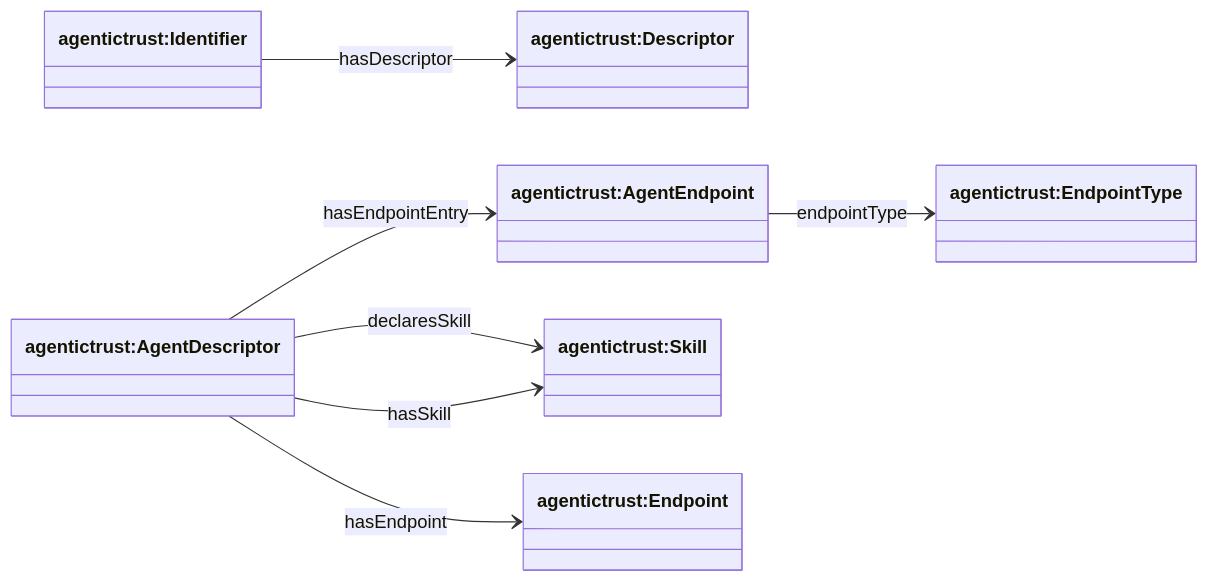
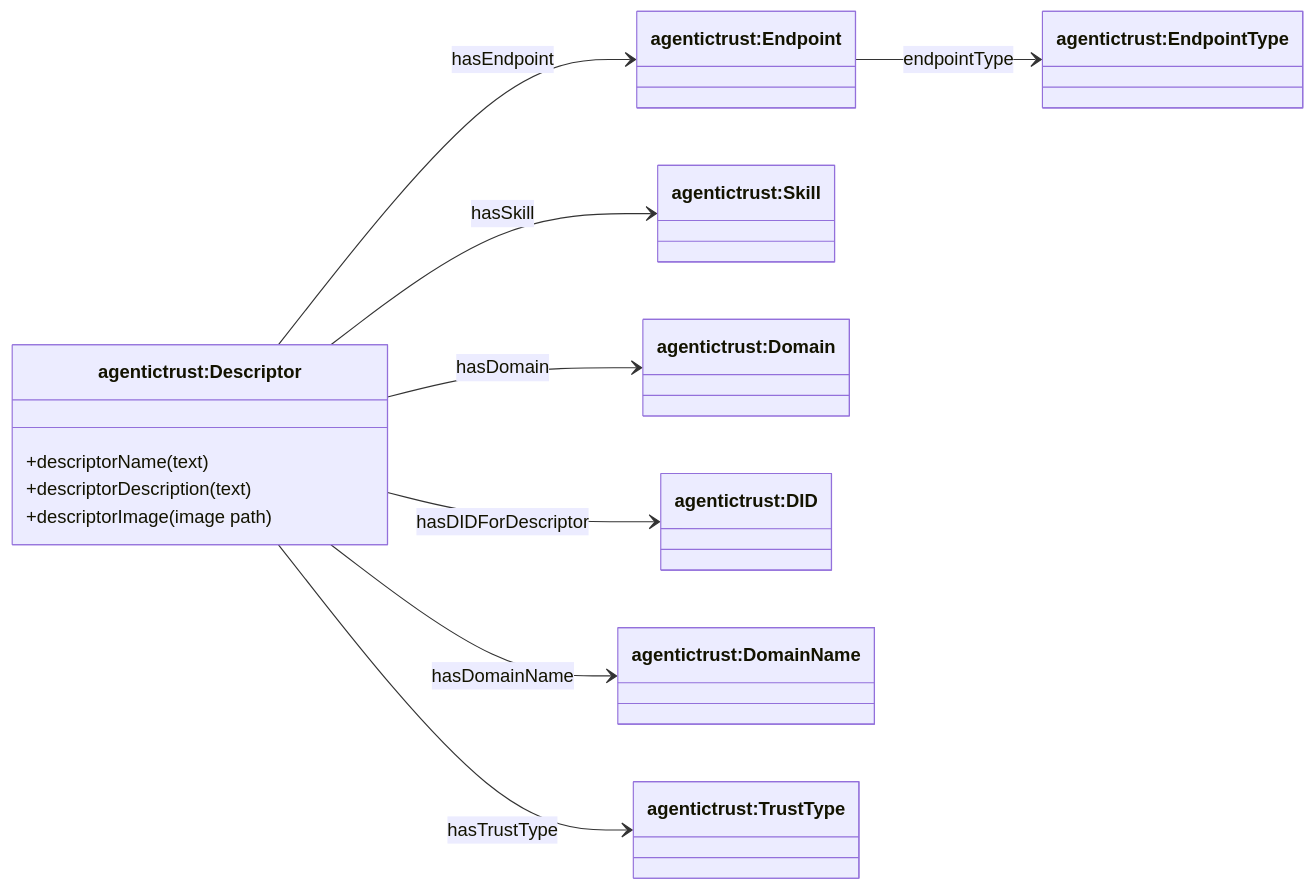
One commit to Agentic-Trust-Layer/agent-explorer changed the second of 5 diagrams in docs/ontology/descriptor.md. Above: the diagram before and after it, drawn with Mermaid. The commit also changed other lines of this file and 3 other files, not shown here.

````diff
--- a/docs/ontology/descriptor.md
+++ b/docs/ontology/descriptor.md
@@ -47,20 +47,24 @@
 ```mermaid
 classDiagram
 direction LR
 
 class Descriptor["agentictrust:Descriptor"]
-class AgentDescriptor["agentictrust:AgentDescriptor"]
-class AgentEndpoint["agentictrust:AgentEndpoint"]
+class Endpoint["agentictrust:Endpoint"]
 class EndpointType["agentictrust:EndpointType"]
 class Skill["agentictrust:Skill"]
-class Endpoint["agentictrust:Endpoint"]
+class Domain["agentictrust:Domain"]
+class DID["agentictrust:DID"]
+class DomainName["agentictrust:DomainName"]
+class TrustType["agentictrust:TrustType"]
 
-class Identifier["agentictrust:Identifier"]
-
-Identifier --> Descriptor : hasDescriptor
-AgentDescriptor --> AgentEndpoint : hasEndpointEntry
-AgentEndpoint --> EndpointType : endpointType
-AgentDescriptor --> Skill : declaresSkill
-AgentDescriptor --> Skill : hasSkill
-AgentDescriptor --> Endpoint : hasEndpoint
+Descriptor --> Endpoint : hasEndpoint
+Endpoint --> EndpointType : endpointType
+Descriptor --> Skill : hasSkill
+Descriptor --> Domain : hasDomain
+Descriptor --> DID : hasDIDForDescriptor
+Descriptor --> DomainName : hasDomainName
+Descriptor --> TrustType : hasTrustType
+Descriptor : +descriptorName (text)
+Descriptor : +descriptorDescription (text)
+Descriptor : +descriptorImage (image path)
 ```
````
